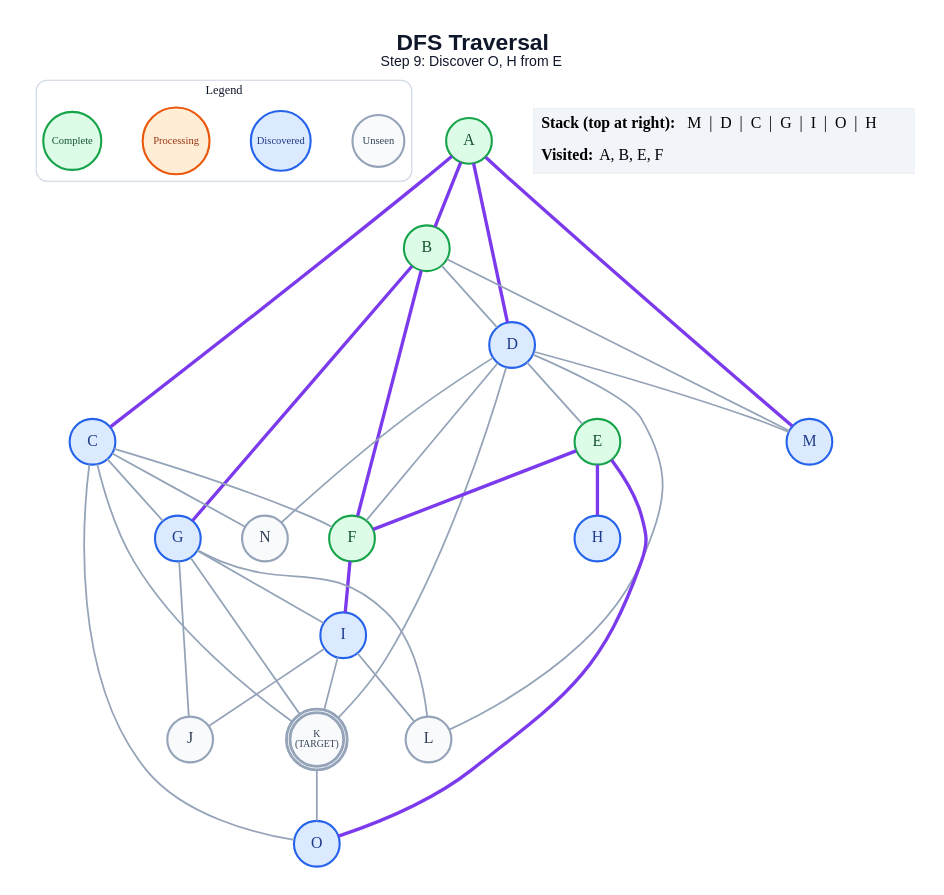
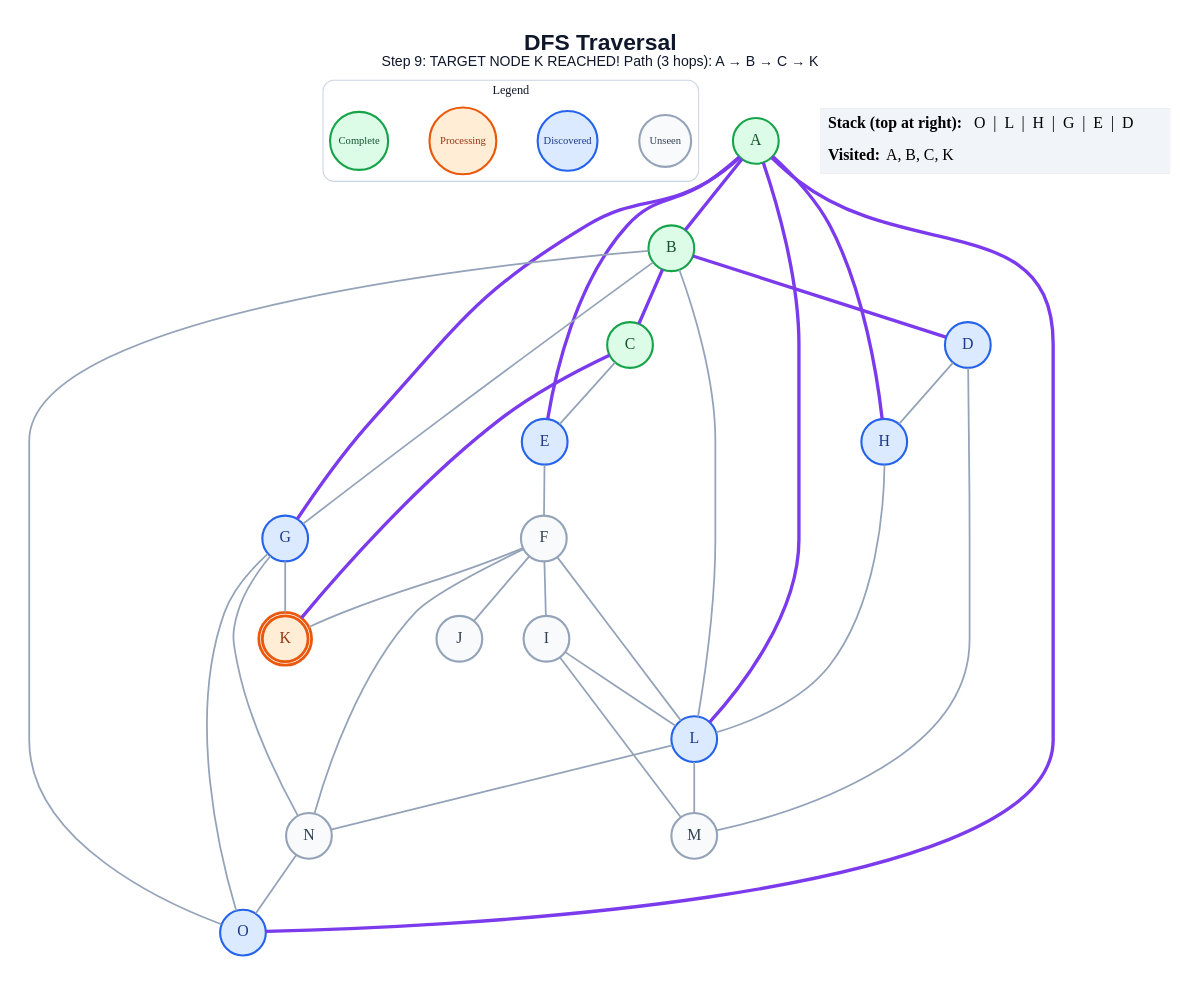
The diagram in generated/dfs/step_09.dot (anon7238593-create/ai-slop), drawn with Graphviz before and after one commit. The commit also changed 224 other files, not shown here.

```diff
--- a/generated/dfs/step_09.dot
+++ b/generated/dfs/step_09.dot
@@ -1,65 +1,64 @@
 graph traversal {
   graph [layout=dot, rankdir=TB, bgcolor="#FFFFFF", pad="0.35", nodesep="0.65", ranksep="0.8", fontname="Arial"];
   node [shape=circle, style="filled", fontname="Arial Bold", fontsize=18, width=0.72, fixedsize=true, penwidth=2.4];
   edge [color="#94A3B8", penwidth=2.0];
-  label=<<B>DFS Traversal</B><BR/><FONT POINT-SIZE="16">Step 9: Discover O, H from E</FONT>>; labelloc="t"; fontsize=26; fontname="Arial"; fontcolor="#0F172A";
+  label=<<B>DFS Traversal</B><BR/><FONT POINT-SIZE="16">Step 9: TARGET NODE K REACHED! Path (3 hops): A → B → C → K</FONT>>; labelloc="t"; fontsize=26; fontname="Arial"; fontcolor="#0F172A";
   subgraph cluster_legend { label="Legend"; color="#CBD5E1"; penwidth=1.2; style="rounded"; fontsize=14; fontname="Arial Bold";
     key_unseen [label="Unseen", fillcolor="#F8FAFC", color="#94A3B8", fontcolor="#334155", fontsize=12, width=0.82];
     key_frontier [label="Discovered", fillcolor="#DBEAFE", color="#2563EB", fontcolor="#1E3A8A", fontsize=12, width=0.95];
     key_current [label="Processing", fillcolor="#FFEDD5", color="#EA580C", fontcolor="#9A3412", fontsize=12, width=1.05];
     key_done [label="Complete", fillcolor="#DCFCE7", color="#16A34A", fontcolor="#14532D", fontsize=12, width=0.92];
     { rank=same; key_unseen; key_frontier; key_current; key_done; }
   }
   A [label="A", fillcolor="#DCFCE7", color="#16A34A", fontcolor="#14532D", peripheries=1, penwidth=2.4];
   B [label="B", fillcolor="#DCFCE7", color="#16A34A", fontcolor="#14532D", peripheries=1, penwidth=2.4];
-  C [label="C", fillcolor="#DBEAFE", color="#2563EB", fontcolor="#1E3A8A", peripheries=1, penwidth=2.4];
+  C [label="C", fillcolor="#DCFCE7", color="#16A34A", fontcolor="#14532D", peripheries=1, penwidth=2.4];
   D [label="D", fillcolor="#DBEAFE", color="#2563EB", fontcolor="#1E3A8A", peripheries=1, penwidth=2.4];
-  E [label="E", fillcolor="#DCFCE7", color="#16A34A", fontcolor="#14532D", peripheries=1, penwidth=2.4];
-  F [label="F", fillcolor="#DCFCE7", color="#16A34A", fontcolor="#14532D", peripheries=1, penwidth=2.4];
+  E [label="E", fillcolor="#DBEAFE", color="#2563EB", fontcolor="#1E3A8A", peripheries=1, penwidth=2.4];
+  F [label="F", fillcolor="#F8FAFC", color="#94A3B8", fontcolor="#334155", peripheries=1, penwidth=2.4];
   G [label="G", fillcolor="#DBEAFE", color="#2563EB", fontcolor="#1E3A8A", peripheries=1, penwidth=2.4];
   H [label="H", fillcolor="#DBEAFE", color="#2563EB", fontcolor="#1E3A8A", peripheries=1, penwidth=2.4];
-  I [label="I", fillcolor="#DBEAFE", color="#2563EB", fontcolor="#1E3A8A", peripheries=1, penwidth=2.4];
+  I [label="I", fillcolor="#F8FAFC", color="#94A3B8", fontcolor="#334155", peripheries=1, penwidth=2.4];
   J [label="J", fillcolor="#F8FAFC", color="#94A3B8", fontcolor="#334155", peripheries=1, penwidth=2.4];
-  K [label="K\n(TARGET)", fillcolor="#F8FAFC", color="#94A3B8", fontcolor="#334155", peripheries=2, penwidth=3.2, fontsize=11, width=0.85, height=0.85];
-  L [label="L", fillcolor="#F8FAFC", color="#94A3B8", fontcolor="#334155", peripheries=1, penwidth=2.4];
-  M [label="M", fillcolor="#DBEAFE", color="#2563EB", fontcolor="#1E3A8A", peripheries=1, penwidth=2.4];
+  K [label="K", fillcolor="#FFEDD5", color="#EA580C", fontcolor="#9A3412", peripheries=2, penwidth=3.2];
+  L [label="L", fillcolor="#DBEAFE", color="#2563EB", fontcolor="#1E3A8A", peripheries=1, penwidth=2.4];
+  M [label="M", fillcolor="#F8FAFC", color="#94A3B8", fontcolor="#334155", peripheries=1, penwidth=2.4];
   N [label="N", fillcolor="#F8FAFC", color="#94A3B8", fontcolor="#334155", peripheries=1, penwidth=2.4];
   O [label="O", fillcolor="#DBEAFE", color="#2563EB", fontcolor="#1E3A8A", peripheries=1, penwidth=2.4];
   A -- B [color="#7C3AED", penwidth=3.8];
-  A -- C [color="#7C3AED", penwidth=3.8];
-  A -- D [color="#7C3AED", penwidth=3.8];
-  A -- M [color="#7C3AED", penwidth=3.8];
-  B -- D;
-  B -- F [color="#7C3AED", penwidth=3.8];
-  B -- G [color="#7C3AED", penwidth=3.8];
-  B -- M;
-  C -- F;
-  C -- G;
-  C -- K;
-  C -- N;
-  C -- O;
-  D -- E;
-  D -- F;
-  D -- K;
-  D -- L;
+  A -- E [color="#7C3AED", penwidth=3.8];
+  A -- G [color="#7C3AED", penwidth=3.8];
+  A -- H [color="#7C3AED", penwidth=3.8];
+  A -- L [color="#7C3AED", penwidth=3.8];
+  A -- O [color="#7C3AED", penwidth=3.8];
+  B -- C [color="#7C3AED", penwidth=3.8];
+  B -- D [color="#7C3AED", penwidth=3.8];
+  B -- G;
+  B -- L;
+  B -- O;
+  C -- E;
+  C -- K [color="#7C3AED", penwidth=3.8];
+  D -- H;
   D -- M;
-  D -- N;
-  E -- F [color="#7C3AED", penwidth=3.8];
-  E -- H [color="#7C3AED", penwidth=3.8];
-  E -- O [color="#7C3AED", penwidth=3.8];
-  F -- I [color="#7C3AED", penwidth=3.8];
-  G -- I;
-  G -- J;
+  E -- F;
+  F -- I;
+  F -- J;
+  F -- K;
+  F -- L;
+  F -- N;
   G -- K;
-  G -- L;
-  I -- J;
-  I -- K;
+  G -- N;
+  G -- O;
+  H -- L;
   I -- L;
-  K -- O;
+  I -- M;
+  L -- M;
+  L -- N;
+  N -- O;
   status [shape=plain, fixedsize=false, width=0, height=0, margin=0, label=<
     <TABLE BORDER="0" CELLBORDER="0" CELLPADDING="7" BGCOLOR="#F1F5F9">
-      <TR><TD ALIGN="LEFT"><B>Stack (top at right):</B> M  |  D  |  C  |  G  |  I  |  O  |  H</TD></TR>
-      <TR><TD ALIGN="LEFT"><B>Visited:</B> A, B, E, F</TD></TR>
+      <TR><TD ALIGN="LEFT"><B>Stack (top at right):</B> O  |  L  |  H  |  G  |  E  |  D</TD></TR>
+      <TR><TD ALIGN="LEFT"><B>Visited:</B> A, B, C, K</TD></TR>
     </TABLE>
   >];
 }
```
